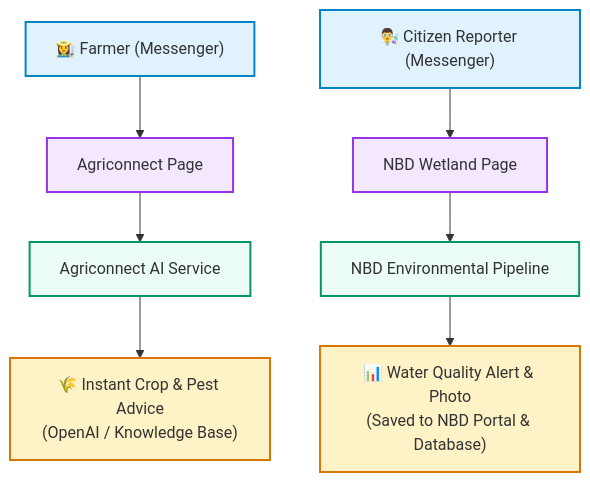
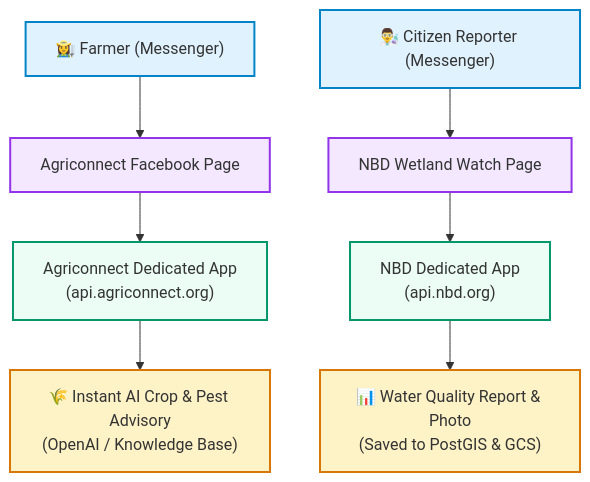
Before and after one commit to akvo/nbd-phase-1: the diagram in docs/facebook_messenger_exploration_executive_summary.md, drawn with Mermaid. The commit also changed other lines of this file and 1 other file, not shown here.

````diff
--- a/docs/facebook_messenger_exploration_executive_summary.md
+++ b/docs/facebook_messenger_exploration_executive_summary.md
@@ -71,16 +73,16 @@
 ```mermaid
 flowchart TD
     classDef client fill:#e0f2fe,stroke:#0284c7,stroke-width:2px;
     classDef meta fill:#f3e8ff,stroke:#9333ea,stroke-width:2px;
     classDef backend fill:#ecfdf5,stroke:#059669,stroke-width:2px;
     classDef storage fill:#fef3c7,stroke:#d97706,stroke-width:2px;
 
-    UserA["👩‍🌾 Farmer (Messenger)"]:::client --> PageA["Agriconnect Page"]:::meta
-    UserB["👨‍🔬 Citizen Reporter (Messenger)"]:::client --> PageB["NBD Wetland Page"]:::meta
+    UserA["👩‍🌾 Farmer (Messenger)"]:::client --> PageA["Agriconnect Facebook Page"]:::meta
+    UserB["👨‍🔬 Citizen Reporter (Messenger)"]:::client --> PageB["NBD Wetland Watch Page"]:::meta
 
-    PageA --> AppA["Agriconnect AI Service"]:::backend
-    PageB --> AppB["NBD Environmental Pipeline"]:::backend
+    PageA --> AppA["Agriconnect Dedicated App\n(api.agriconnect.org)"]:::backend
+    PageB --> AppB["NBD Dedicated App\n(api.nbd.org)"]:::backend
 
-    AppA --> OutputA["🌾 Instant Crop & Pest Advice\n(OpenAI / Knowledge Base)"]:::storage
-    AppB --> OutputB["📊 Water Quality Alert & Photo\n(Saved to NBD Portal & Database)"]:::storage
+    AppA --> OutputA["🌾 Instant AI Crop & Pest Advisory\n(OpenAI / Knowledge Base)"]:::storage
+    AppB --> OutputB["📊 Water Quality Report & Photo\n(Saved to PostGIS & GCS)"]:::storage
 ```
````
